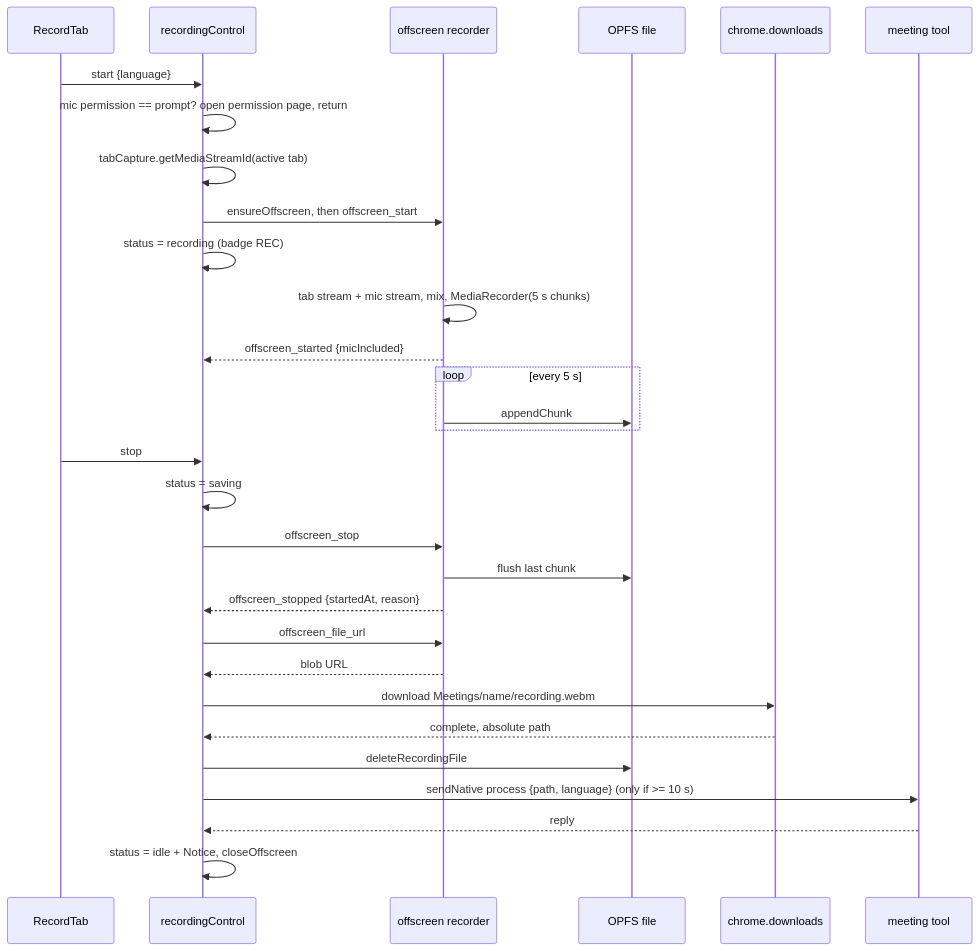
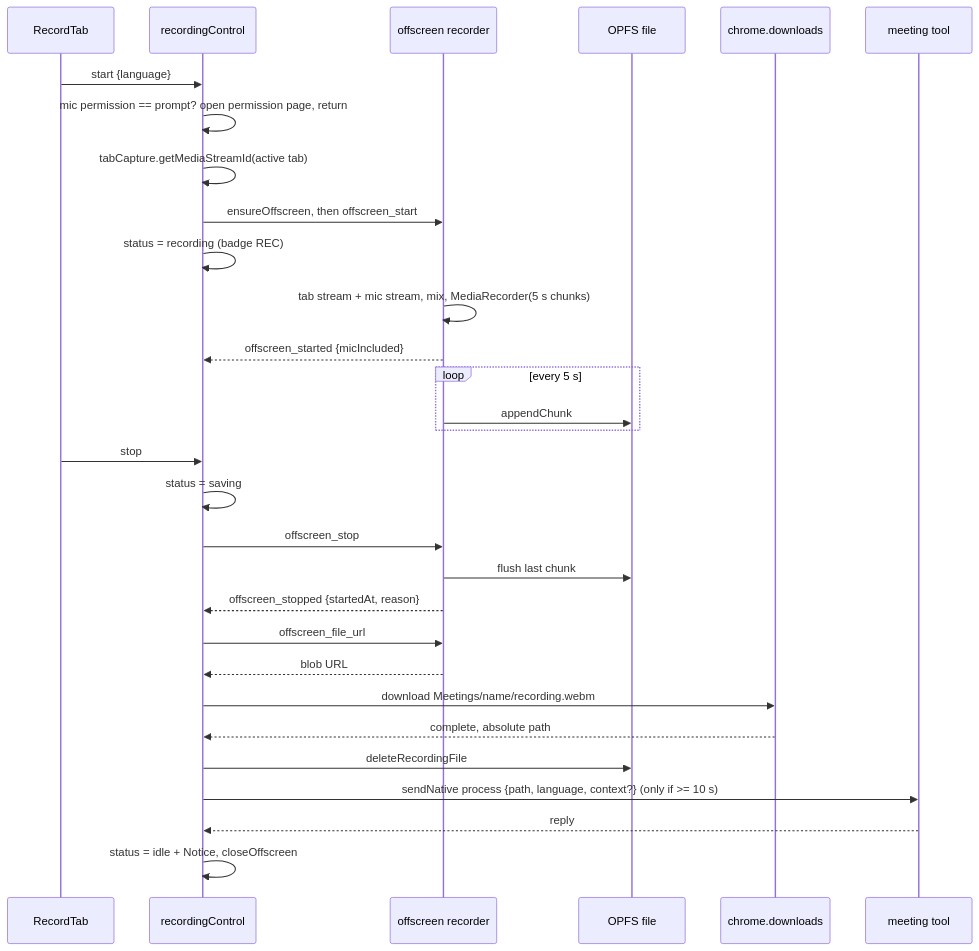
The first of 3 diagrams in docs/features/recording.md (masnun-siam/meeting-manager), drawn with Mermaid before and after one commit. The commit also changed other lines of this file and 10 other files, not shown here.

````diff
--- a/docs/features/recording.md
+++ b/docs/features/recording.md
@@ -22,32 +22,32 @@
 ```mermaid
 sequenceDiagram
   participant P as RecordTab
   participant SW as recordingControl
   participant O as offscreen recorder
   participant FS as OPFS file
   participant D as chrome.downloads
   participant T as meeting tool
   P->>SW: start {language}
   SW->>SW: mic permission == prompt? open permission page, return
   SW->>SW: tabCapture.getMediaStreamId(active tab)
   SW->>O: ensureOffscreen, then offscreen_start
   SW->>SW: status = recording (badge REC)
   O->>O: tab stream + mic stream, mix, MediaRecorder(5 s chunks)
   O-->>SW: offscreen_started {micIncluded}
   loop every 5 s
     O->>FS: appendChunk
   end
   P->>SW: stop
   SW->>SW: status = saving
   SW->>O: offscreen_stop
   O->>FS: flush last chunk
   O-->>SW: offscreen_stopped {startedAt, reason}
   SW->>O: offscreen_file_url
   O-->>SW: blob URL
   SW->>D: download Meetings/name/recording.webm
   D-->>SW: complete, absolute path
   SW->>FS: deleteRecordingFile
-  SW->>T: sendNative process {path, language} (only if >= 10 s)
+  SW->>T: sendNative process {path, language, context?} (only if >= 10 s)
   T-->>SW: reply
   SW->>SW: status = idle + Notice, closeOffscreen
 ```
````
